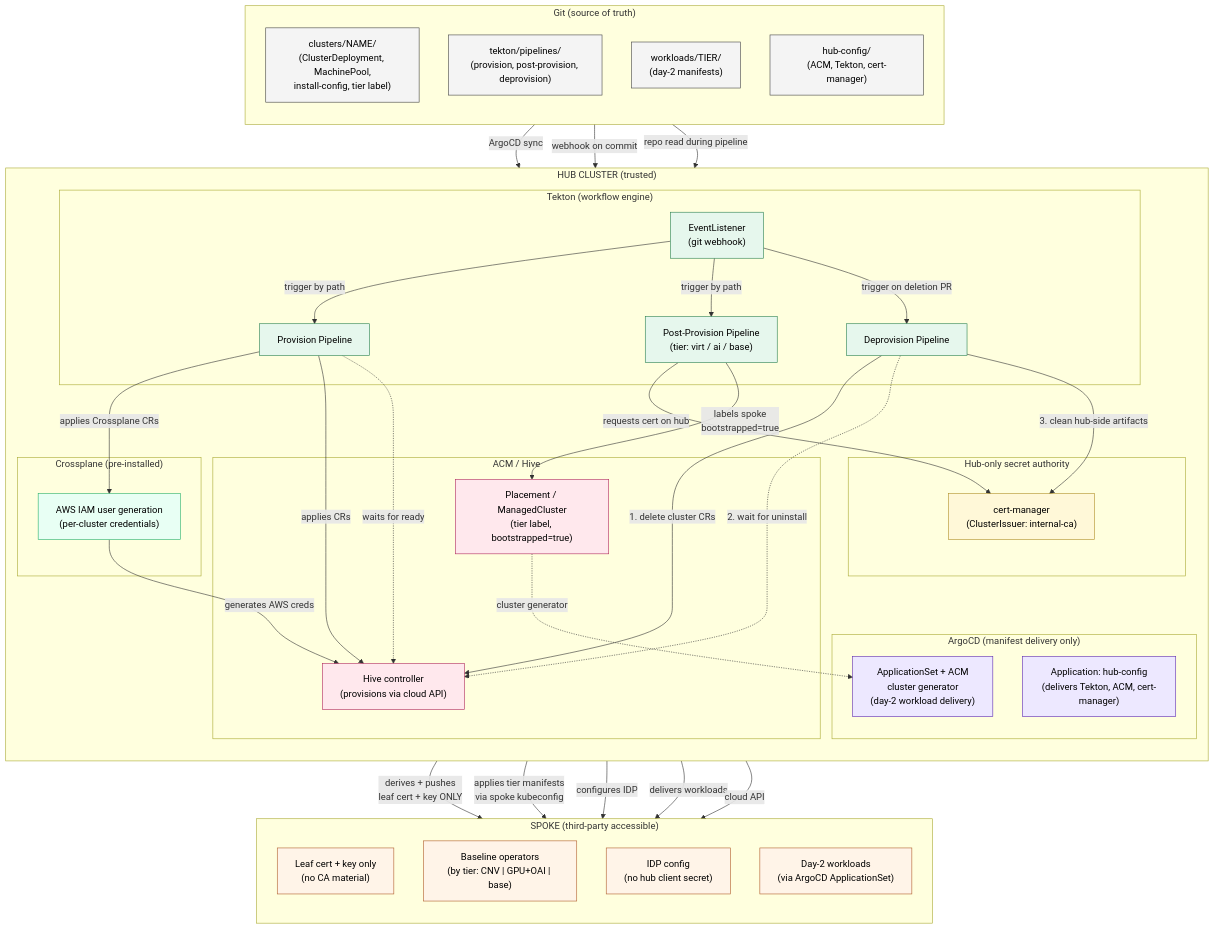
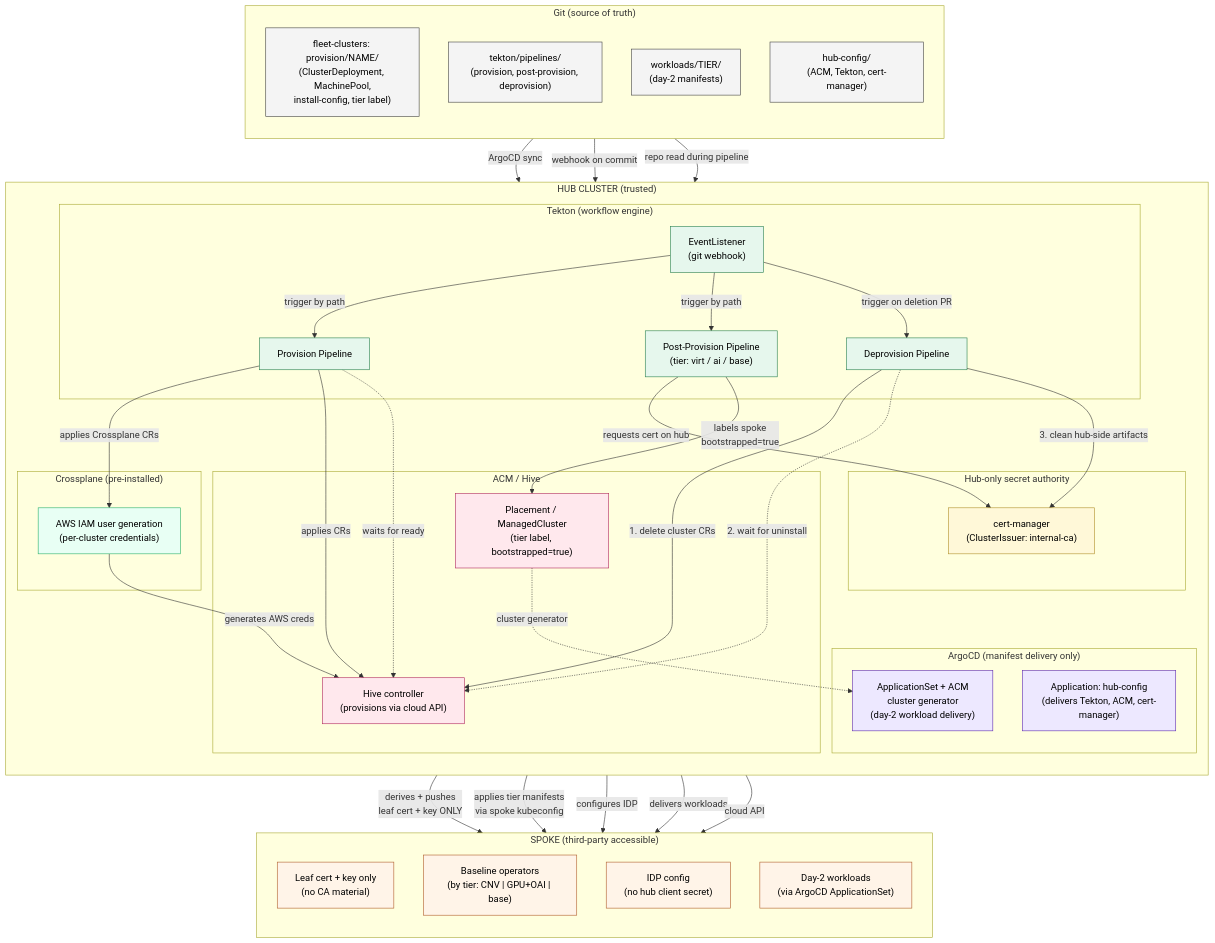
The first of 4 diagrams in docs/architecture.md (redhat-openshift-partner-labs/fleet), drawn with Mermaid before and after one commit. The commit also changed other lines of this file and 5 other files, not shown here.

First line of the commit message:
docs: update references from clusters/ to fleet-clusters repo

```diff
--- a/docs/architecture.md
+++ b/docs/architecture.md
@@ -99,7 +99,7 @@
 flowchart TB
     subgraph Git["Git (source of truth)"]
         direction TB
-        GitClusters["clusters/NAME/<br/>(ClusterDeployment, MachinePool,<br/>install-config, tier label)"]
+        GitClusters["fleet-clusters: provision/NAME/<br/>(ClusterDeployment, MachinePool,<br/>install-config, tier label)"]
         GitPipelines["tekton/pipelines/<br/>(provision, post-provision, deprovision)"]
         GitWorkloads["workloads/TIER/<br/>(day-2 manifests)"]
         GitHubConfig["hub-config/<br/>(ACM, Tekton, cert-manager)"]
```
